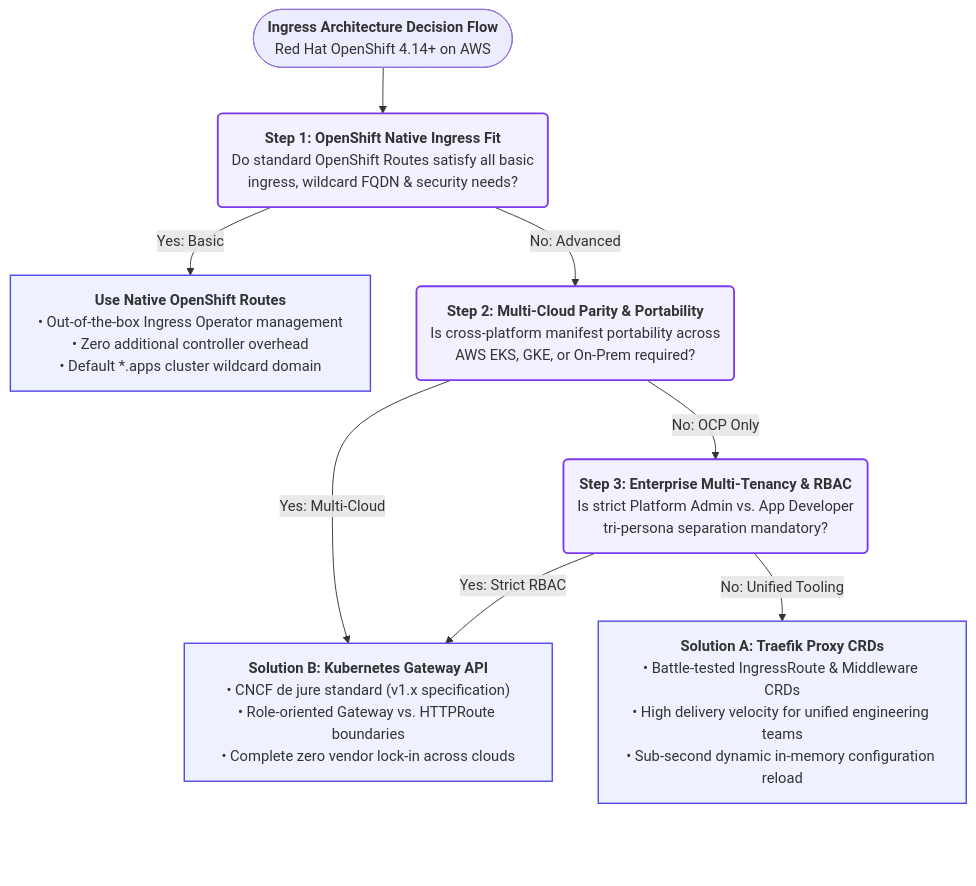
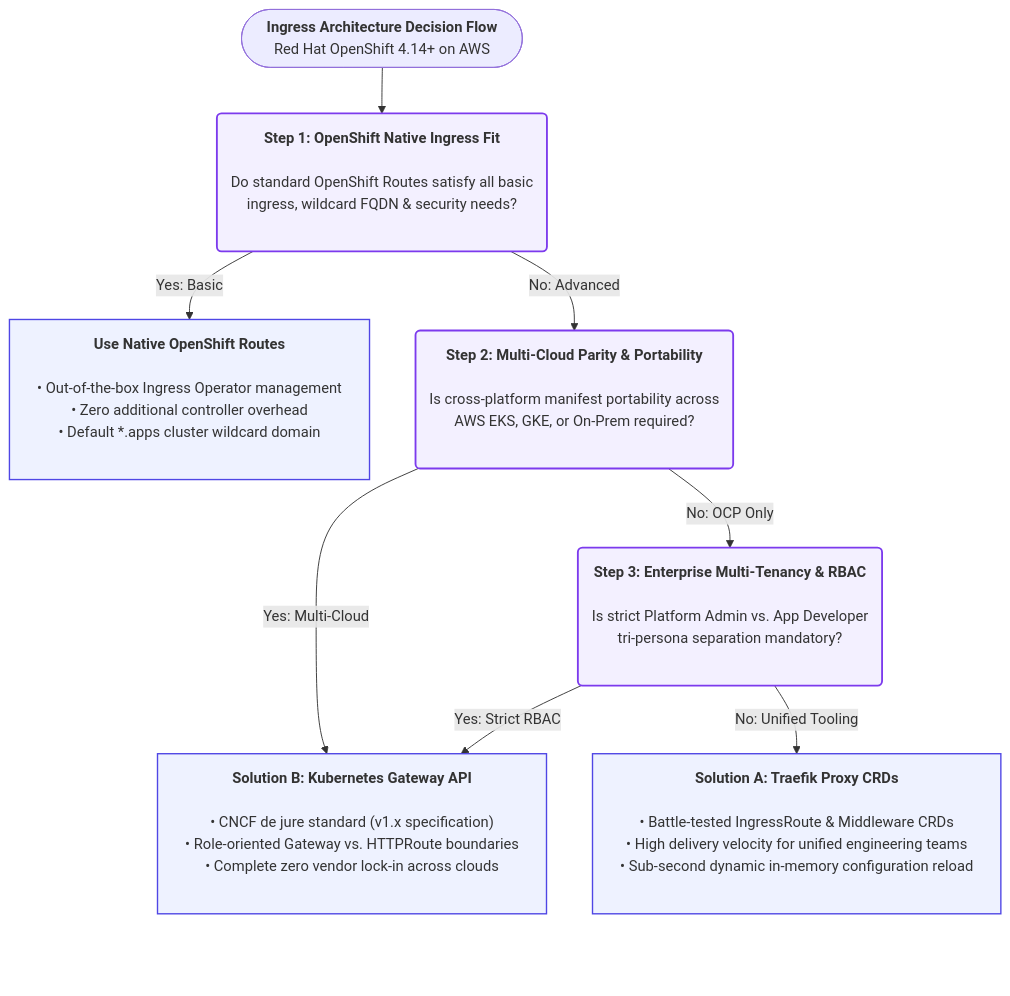
One commit to nubenetes/traefik-fqdn-management-poc-openshift-aws changed the first of 2 diagrams in COMPARATIVE_MATRIX.md. Above: the diagram before and after it, drawn with Mermaid. The commit also changed other lines of this file and 3 other files, not shown here.

Commit message:
docs(architecture): enrich FQDN and East-West analysis for jenkins-2026 and expand decision diagram

````diff
--- a/COMPARATIVE_MATRIX.md
+++ b/COMPARATIVE_MATRIX.md
@@ -41,37 +41,37 @@
 ```mermaid
-%%{init: {"flowchart": {"wrappingWidth": 340, "nodePadding": 24}}}%%
+%%{init: {"flowchart": {"wrappingWidth": 440, "nodePadding": 30, "diagramPadding": 32}}}%%
 flowchart TD
-    Start(["<b>Ingress Architecture Decision Flow</b><br/>Red Hat OpenShift 4.14+ on AWS"])
+    Start(["&nbsp;&nbsp;&nbsp;<b>Ingress Architecture Decision Flow</b>&nbsp;&nbsp;&nbsp;<br/>&nbsp;&nbsp;&nbsp;Red Hat OpenShift 4.14+ on AWS&nbsp;&nbsp;&nbsp;"])
 
-    D1("<b>Step 1: OpenShift Native Ingress Fit</b><br/>Do standard OpenShift Routes satisfy all basic<br/>ingress, wildcard FQDN & security needs?")
+    D1("<b>Step 1: OpenShift Native Ingress Fit</b><br/><br/>Do standard OpenShift Routes satisfy all basic<br/>ingress, wildcard FQDN & security needs?<br/>&nbsp;")
 
-    NativeRoute["<b>Use Native OpenShift Routes</b><br/>• Out-of-the-box Ingress Operator management<br/>• Zero additional controller overhead<br/>• Default *.apps cluster wildcard domain"]
+    NativeRoute["<b>Use Native OpenShift Routes</b><br/><br/>• Out-of-the-box Ingress Operator management<br/>• Zero additional controller overhead<br/>• Default *.apps cluster wildcard domain<br/>&nbsp;"]
 
-    D2("<b>Step 2: Multi-Cloud Parity & Portability</b><br/>Is cross-platform manifest portability across<br/>AWS EKS, GKE, or On-Prem required?")
+    D2("<b>Step 2: Multi-Cloud Parity & Portability</b><br/><br/>Is cross-platform manifest portability across<br/>AWS EKS, GKE, or On-Prem required?<br/>&nbsp;")
 
-    D3("<b>Step 3: Enterprise Multi-Tenancy & RBAC</b><br/>Is strict Platform Admin vs. App Developer<br/>tri-persona separation mandatory?")
+    D3("<b>Step 3: Enterprise Multi-Tenancy & RBAC</b><br/><br/>Is strict Platform Admin vs. App Developer<br/>tri-persona separation mandatory?<br/>&nbsp;")
 
-    SolB["<b>Solution B: Kubernetes Gateway API</b><br/>• CNCF de jure standard (v1.x specification)<br/>• Role-oriented Gateway vs. HTTPRoute boundaries<br/>• Complete zero vendor lock-in across clouds"]
+    SolB["<b>Solution B: Kubernetes Gateway API</b><br/><br/>• CNCF de jure standard (v1.x specification)<br/>• Role-oriented Gateway vs. HTTPRoute boundaries<br/>• Complete zero vendor lock-in across clouds<br/>&nbsp;"]
 
-    SolA["<b>Solution A: Traefik Proxy CRDs</b><br/>• Battle-tested IngressRoute & Middleware CRDs<br/>• High delivery velocity for unified engineering teams<br/>• Sub-second dynamic in-memory configuration reload"]
+    SolA["<b>Solution A: Traefik Proxy CRDs</b><br/><br/>• Battle-tested IngressRoute & Middleware CRDs<br/>• High delivery velocity for unified engineering teams<br/>• Sub-second dynamic in-memory configuration reload<br/>&nbsp;"]
 
     Start --> D1
     D1 -->|"Yes: Basic"| NativeRoute
     D1 -->|"No: Advanced"| D2
 
     D2 -->|"Yes: Multi-Cloud"| SolB
     D2 -->|"No: OCP Only"| D3
 
     D3 -->|"Yes: Strict RBAC"| SolB
     D3 -->|"No: Unified Tooling"| SolA
 
     SolB ~~~ PadB[" "]
     SolA ~~~ PadA[" "]
 
     classDef decision fill:#f3f0ff,stroke:#7c3aed,stroke-width:2px;
     classDef outcome fill:#eef2ff,stroke:#4f46e5,stroke-width:1.5px;
     class D1,D2,D3 decision;
     class NativeRoute,SolA,SolB outcome;
     style PadA fill:none,stroke:none;
     style PadB fill:none,stroke:none;
 ```
````
